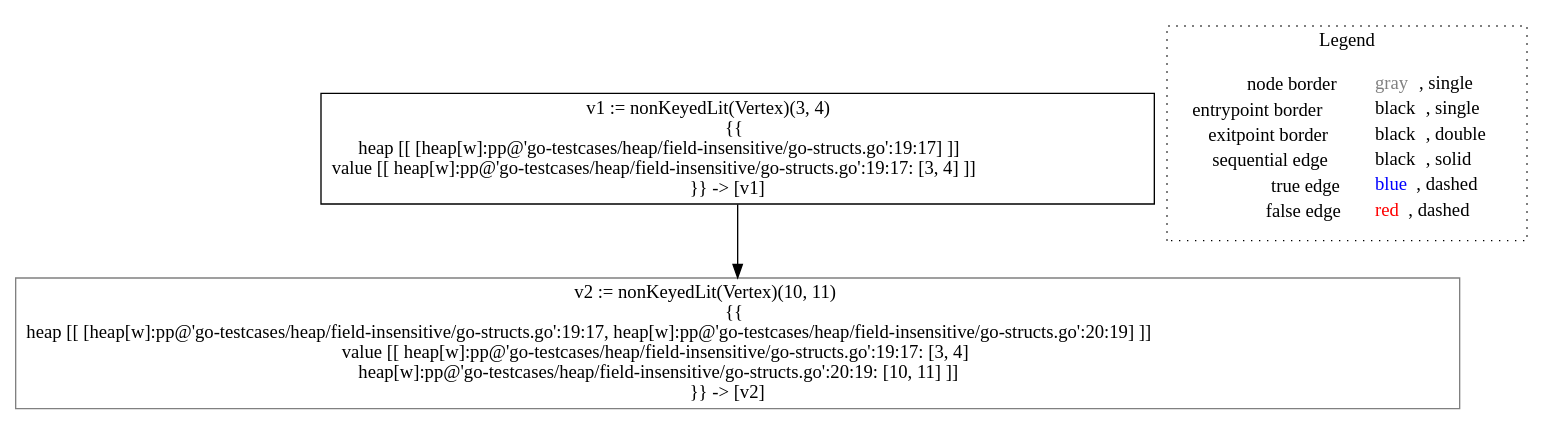
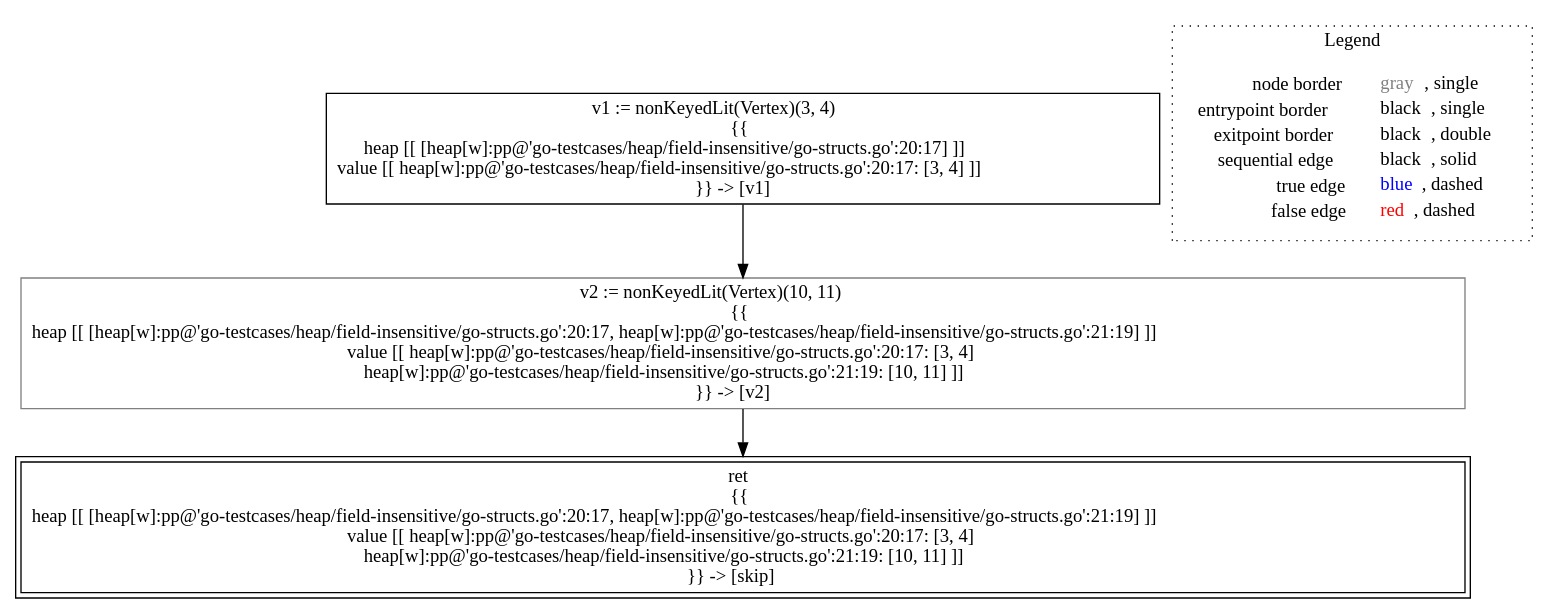
Before and after one commit to lisa-analyzer/go-lisa: the diagram in go-lisa/go-testcases/heap/field-insensitive/analysis___untyped_~LiSAProgram.alloc().dot, drawn with Graphviz. The commit also changed 86 other files, not shown here.

```diff
--- a/go-lisa/go-testcases/heap/field-insensitive/analysis___untyped_~LiSAProgram.alloc().dot
+++ b/go-lisa/go-testcases/heap/field-insensitive/analysis___untyped_~LiSAProgram.alloc().dot
@@ -1,12 +1,14 @@
 digraph {
-	"node0" [shape="rect",color="black",label=<v1 := nonKeyedLit(Vertex)(3, 4)<BR/>{{<BR/>heap [[ [heap[w]:pp@'go-testcases/heap/field-insensitive/go-structs.go':19:17] ]]<BR/>value [[ heap[w]:pp@'go-testcases/heap/field-insensitive/go-structs.go':19:17: [3, 4] ]]<BR/>}} -&gt; [v1]>];
-	"node1" [shape="rect",color="gray",label=<v2 := nonKeyedLit(Vertex)(10, 11)<BR/>{{<BR/>heap [[ [heap[w]:pp@'go-testcases/heap/field-insensitive/go-structs.go':19:17, heap[w]:pp@'go-testcases/heap/field-insensitive/go-structs.go':20:19] ]]<BR/>value [[ heap[w]:pp@'go-testcases/heap/field-insensitive/go-structs.go':19:17: [3, 4]<BR/>heap[w]:pp@'go-testcases/heap/field-insensitive/go-structs.go':20:19: [10, 11] ]]<BR/>}} -&gt; [v2]>];
-	"node0" -> "node1" [color="black"];
+	"node0" [shape="rect",color="black",label=<v1 := nonKeyedLit(Vertex)(3, 4)<BR/>{{<BR/>heap [[ [heap[w]:pp@'go-testcases/heap/field-insensitive/go-structs.go':20:17] ]]<BR/>value [[ heap[w]:pp@'go-testcases/heap/field-insensitive/go-structs.go':20:17: [3, 4] ]]<BR/>}} -&gt; [v1]>];
+	"node1" [shape="rect",color="black",peripheries="2",label=<ret<BR/>{{<BR/>heap [[ [heap[w]:pp@'go-testcases/heap/field-insensitive/go-structs.go':20:17, heap[w]:pp@'go-testcases/heap/field-insensitive/go-structs.go':21:19] ]]<BR/>value [[ heap[w]:pp@'go-testcases/heap/field-insensitive/go-structs.go':20:17: [3, 4]<BR/>heap[w]:pp@'go-testcases/heap/field-insensitive/go-structs.go':21:19: [10, 11] ]]<BR/>}} -&gt; [skip]>];
+	"node2" [shape="rect",color="gray",label=<v2 := nonKeyedLit(Vertex)(10, 11)<BR/>{{<BR/>heap [[ [heap[w]:pp@'go-testcases/heap/field-insensitive/go-structs.go':20:17, heap[w]:pp@'go-testcases/heap/field-insensitive/go-structs.go':21:19] ]]<BR/>value [[ heap[w]:pp@'go-testcases/heap/field-insensitive/go-structs.go':20:17: [3, 4]<BR/>heap[w]:pp@'go-testcases/heap/field-insensitive/go-structs.go':21:19: [10, 11] ]]<BR/>}} -&gt; [v2]>];
+	"node0" -> "node2" [color="black"];
+	"node2" -> "node1" [color="black"];
 subgraph cluster_legend {
 	label="Legend";
 	style=dotted;
 	node [shape=plaintext];
 	"legend" [label=<<table border="0" cellpadding="2" cellspacing="0" cellborder="0"><tr><td align="right">node border&nbsp;</td><td align="left"><font color="gray">gray</font>, single</td></tr><tr><td align="right">entrypoint border&nbsp;</td><td align="left"><font color="black">black</font>, single</td></tr><tr><td align="right">exitpoint border&nbsp;</td><td align="left"><font color="black">black</font>, double</td></tr><tr><td align="right">sequential edge&nbsp;</td><td align="left"><font color="black">black</font>, solid</td></tr><tr><td align="right">true edge&nbsp;</td><td align="left"><font color="blue">blue</font>, dashed</td></tr><tr><td align="right">false edge&nbsp;</td><td align="left"><font color="red">red</font>, dashed</td></tr></table>>];
 }
 
 }
```
